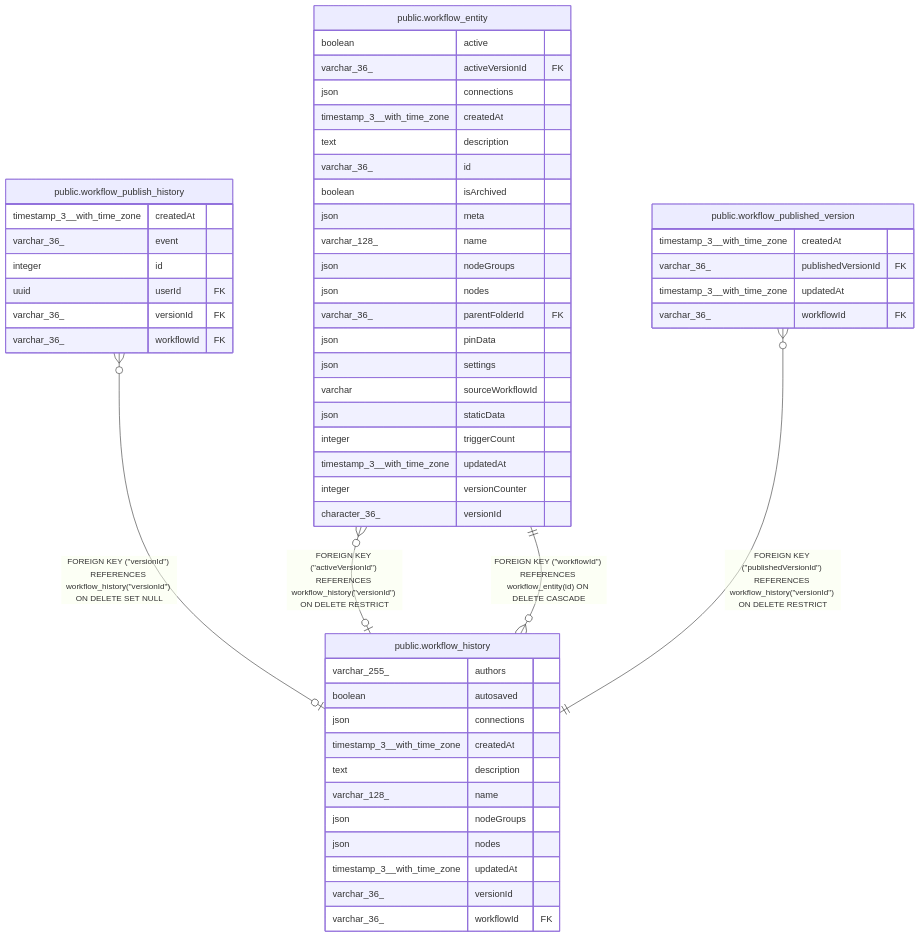
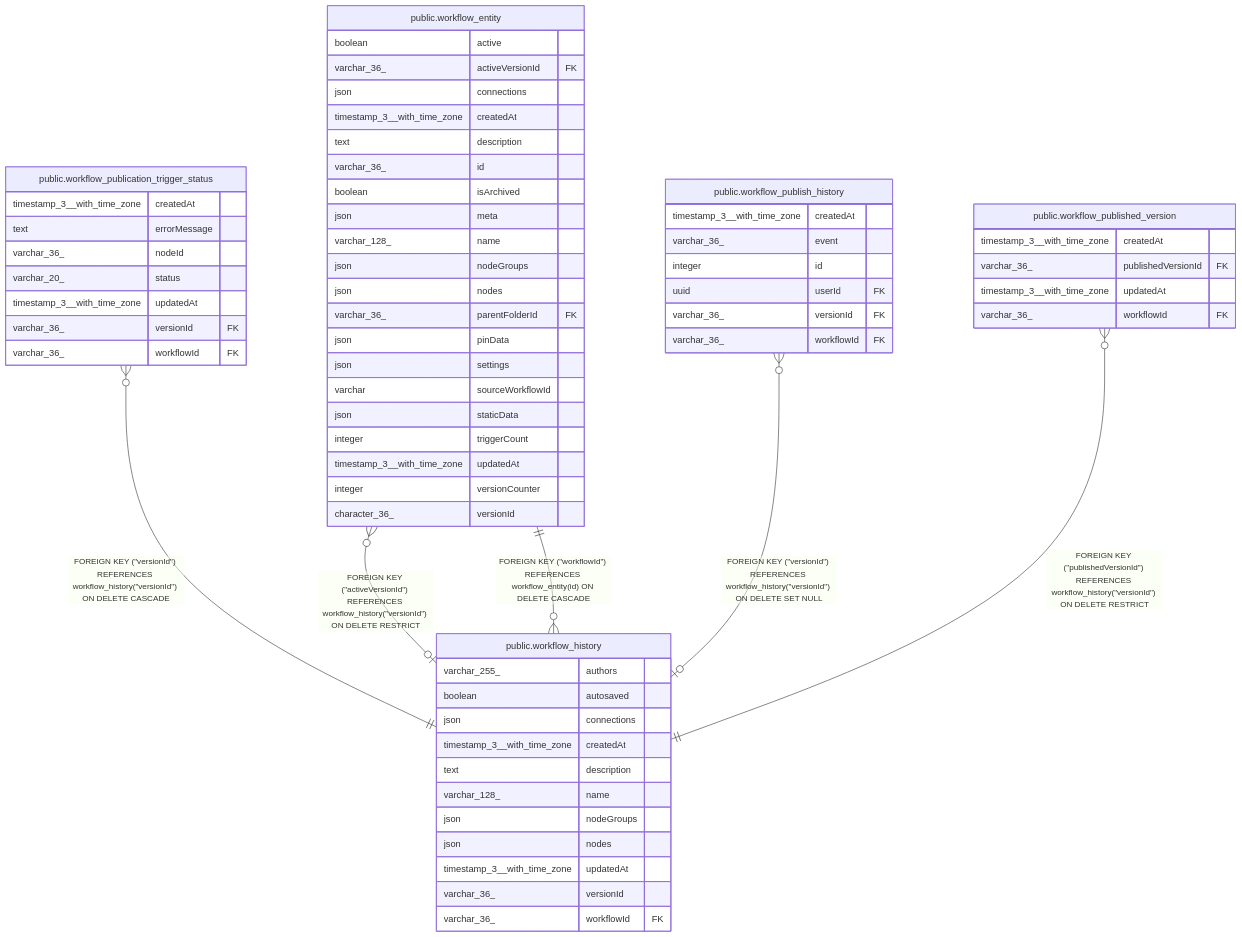
The diagram in docs/generated/postgres-schema/public.workflow_history.md (ggrace519/n8n), drawn with Mermaid before and after one commit. The commit also changed other lines of this file and 22 other files, not shown here.

Commit message:
feat(core): Persist per-trigger workflow publication status (no-changelog) (#33191)

````diff
--- a/docs/generated/postgres-schema/public.workflow_history.md
+++ b/docs/generated/postgres-schema/public.workflow_history.md
@@ -44,58 +44,68 @@
 ```mermaid
 erDiagram
 
 "public.workflow_entity" }o--o| "public.workflow_history" : "FOREIGN KEY (#quot;activeVersionId#quot;) REFERENCES workflow_history(#quot;versionId#quot;) ON DELETE RESTRICT"
+"public.workflow_publication_trigger_status" }o--|| "public.workflow_history" : "FOREIGN KEY (#quot;versionId#quot;) REFERENCES workflow_history(#quot;versionId#quot;) ON DELETE CASCADE"
 "public.workflow_publish_history" }o--o| "public.workflow_history" : "FOREIGN KEY (#quot;versionId#quot;) REFERENCES workflow_history(#quot;versionId#quot;) ON DELETE SET NULL"
 "public.workflow_published_version" }o--|| "public.workflow_history" : "FOREIGN KEY (#quot;publishedVersionId#quot;) REFERENCES workflow_history(#quot;versionId#quot;) ON DELETE RESTRICT"
 "public.workflow_history" }o--|| "public.workflow_entity" : "FOREIGN KEY (#quot;workflowId#quot;) REFERENCES workflow_entity(id) ON DELETE CASCADE"
 
 "public.workflow_history" {
   varchar_255_ authors
   boolean autosaved
   json connections
   timestamp_3__with_time_zone createdAt
   text description
   varchar_128_ name
   json nodeGroups
   json nodes
   timestamp_3__with_time_zone updatedAt
   varchar_36_ versionId
   varchar_36_ workflowId FK
 }
 "public.workflow_entity" {
   boolean active
   varchar_36_ activeVersionId FK
   json connections
   timestamp_3__with_time_zone createdAt
   text description
   varchar_36_ id
   boolean isArchived
   json meta
   varchar_128_ name
   json nodeGroups
   json nodes
   varchar_36_ parentFolderId FK
   json pinData
   json settings
   varchar sourceWorkflowId
   json staticData
   integer triggerCount
   timestamp_3__with_time_zone updatedAt
   integer versionCounter
   character_36_ versionId
 }
+"public.workflow_publication_trigger_status" {
+  timestamp_3__with_time_zone createdAt
+  text errorMessage
+  varchar_36_ nodeId
+  varchar_20_ status
+  timestamp_3__with_time_zone updatedAt
+  varchar_36_ versionId FK
+  varchar_36_ workflowId FK
+}
 "public.workflow_publish_history" {
   timestamp_3__with_time_zone createdAt
   varchar_36_ event
   integer id
   uuid userId FK
   varchar_36_ versionId FK
   varchar_36_ workflowId FK
 }
 "public.workflow_published_version" {
   timestamp_3__with_time_zone createdAt
   varchar_36_ publishedVersionId FK
   timestamp_3__with_time_zone updatedAt
   varchar_36_ workflowId FK
 }
 ```
````
